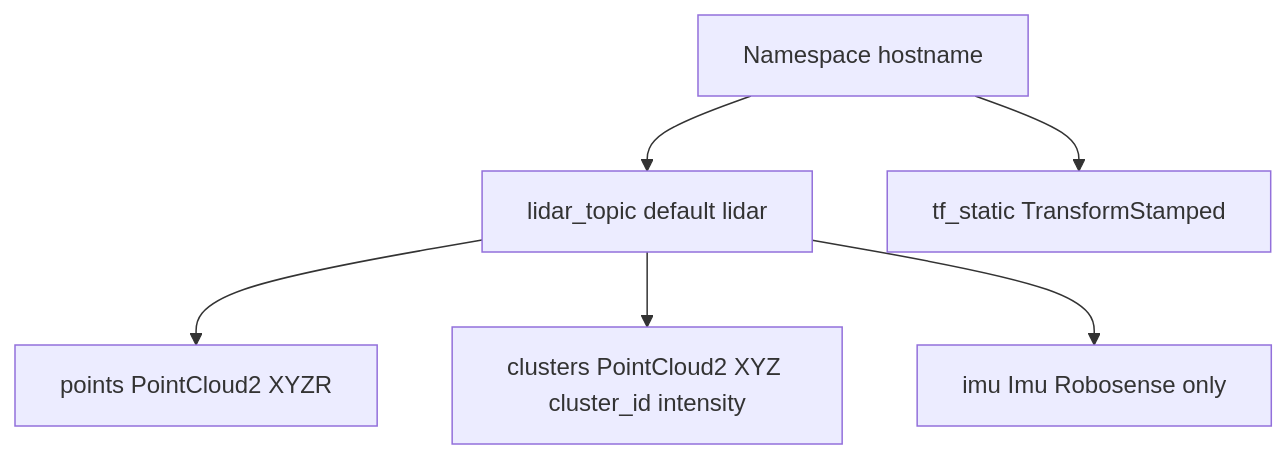
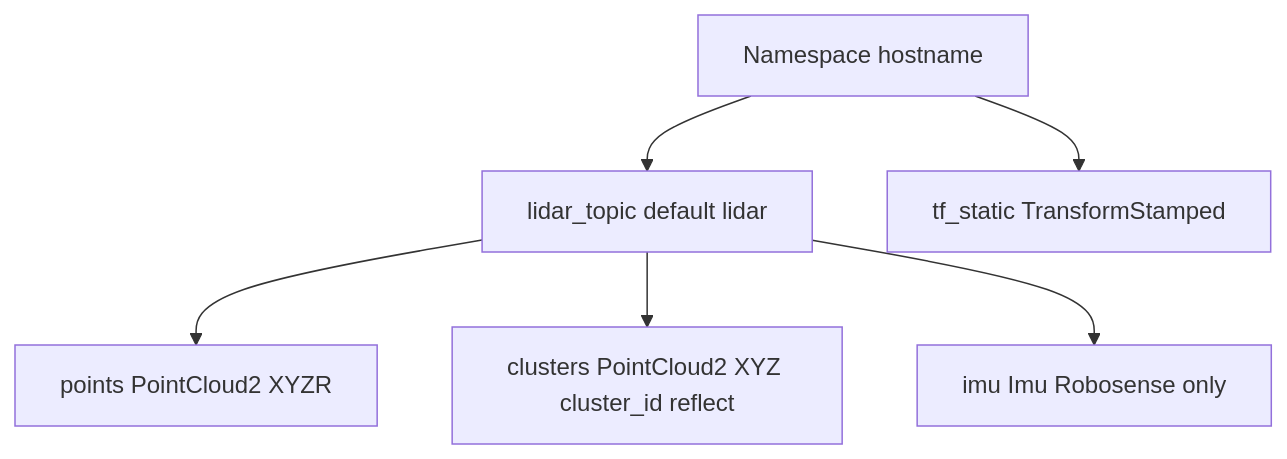
One commit to EdgeFirstAI/lidarpub changed the fifth of 5 diagrams in ARCHITECTURE.md. Above: the diagram before and after it, drawn with Mermaid. The commit also changed other lines of this file, not shown here.

First line of the commit message:
docs: address ARCHITECTURE review feedback on PR #9

````diff
--- a/ARCHITECTURE.md
+++ b/ARCHITECTURE.md
@@ -255,9 +261,9 @@
 ```mermaid
 graph TD
     NS["Namespace hostname"]
     NS --> Base["lidar_topic default lidar"]
     Base --> P["points PointCloud2 XYZR"]
-    Base --> C["clusters PointCloud2 XYZ cluster_id intensity"]
+    Base --> C["clusters PointCloud2 XYZ cluster_id reflect"]
     Base --> I["imu Imu Robosense only"]
     NS --> TF["tf_static TransformStamped"]
 ```
````
